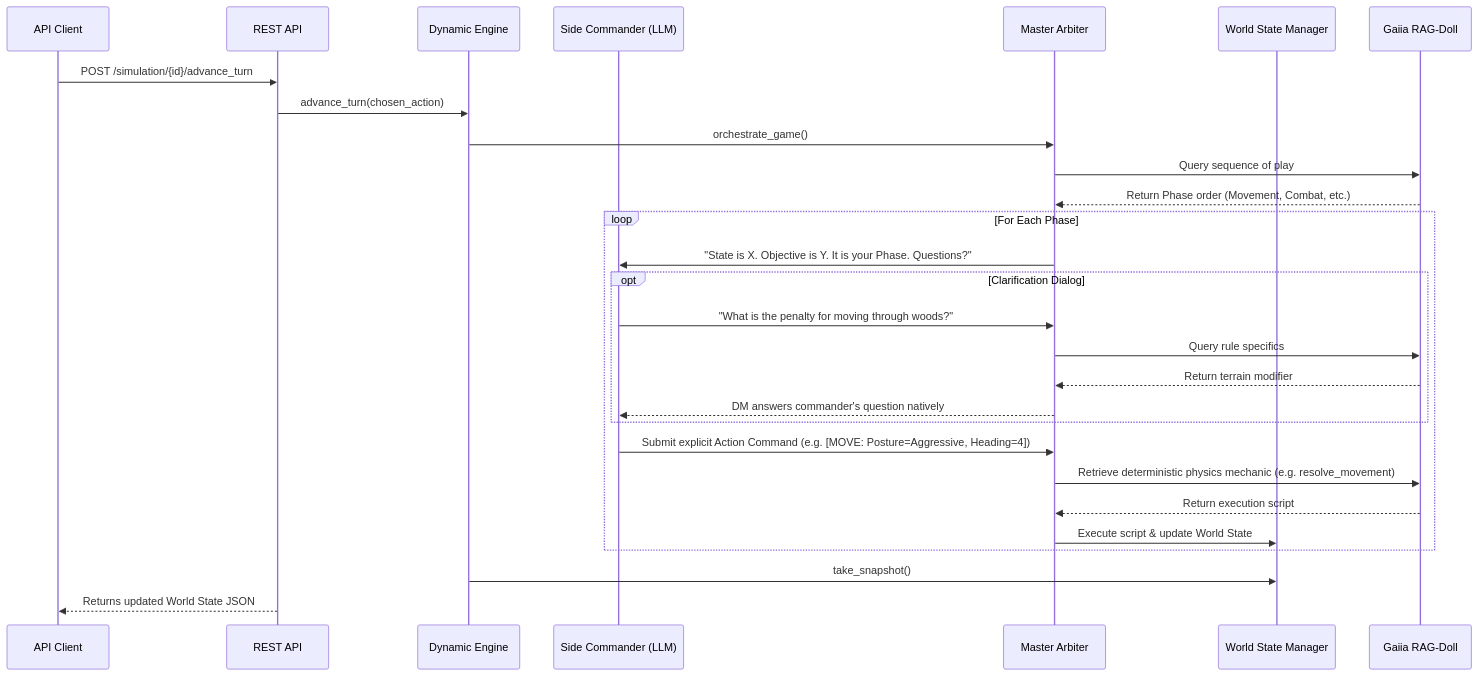
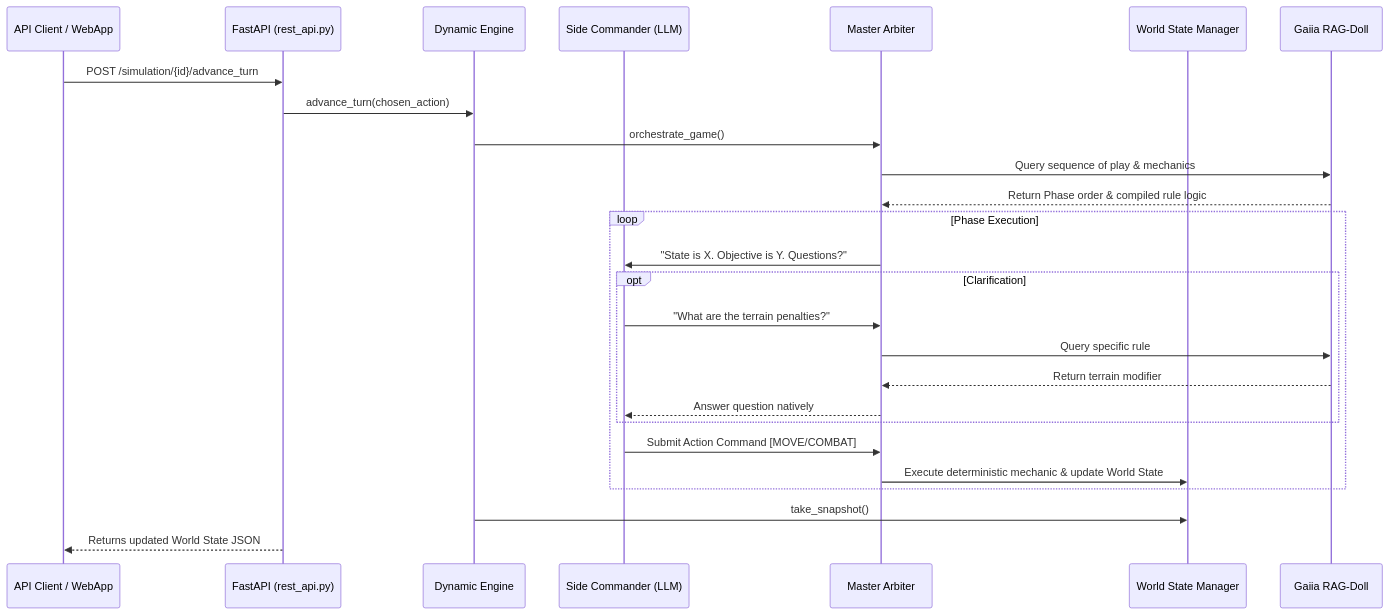
Before and after one commit to dapooleygmailcom/gaiia-prime-radiant: the diagram in README.md, drawn with Mermaid. The commit also changed other lines of this file and 9 other files, not shown here.

````diff
--- a/README.md
+++ b/README.md
@@ -53,35 +11,31 @@
 ```mermaid
 sequenceDiagram
-    participant Client as API Client
-    participant API as REST API
+    participant Client as API Client / WebApp
+    participant API as FastAPI (rest_api.py)
     participant DE as Dynamic Engine
     participant SC as Side Commander (LLM)
     participant MA as Master Arbiter
     participant WSM as World State Manager
     participant RAG as Gaiia RAG-Doll
 
     Client->>API: POST /simulation/{id}/advance_turn
     API->>DE: advance_turn(chosen_action)
     DE->>MA: orchestrate_game()
-    MA->>RAG: Query sequence of play
-    RAG-->>MA: Return Phase order (Movement, Combat, etc.)
+    MA->>RAG: Query sequence of play & mechanics
+    RAG-->>MA: Return Phase order & compiled rule logic
     
-    loop For Each Phase
-        MA->>SC: "State is X. Objective is Y. It is your Phase. Questions?"
-        
-        opt Clarification Dialog
-            SC->>MA: "What is the penalty for moving through woods?"
-            MA->>RAG: Query rule specifics
+    loop Phase Execution
+        MA->>SC: "State is X. Objective is Y. Questions?"
+        opt Clarification
+            SC->>MA: "What are the terrain penalties?"
+            MA->>RAG: Query specific rule
             RAG-->>MA: Return terrain modifier
-            MA-->>SC: DM answers commander's question natively
+            MA-->>SC: Answer question natively
         end
-        
-        SC->>MA: Submit explicit Action Command (e.g. [MOVE: Posture=Aggressive, Heading=4])
-        MA->>RAG: Retrieve deterministic physics mechanic (e.g. resolve_movement)
-        RAG-->>MA: Return execution script
-        MA->>WSM: Execute script & update World State
+        SC->>MA: Submit Action Command [MOVE/COMBAT]
+        MA->>WSM: Execute deterministic mechanic & update World State
     end
     
     DE->>WSM: take_snapshot()
     API-->>Client: Returns updated World State JSON
 ```
````
